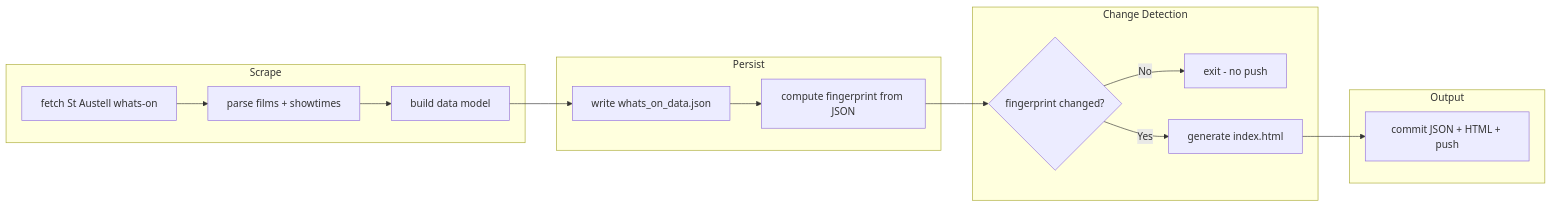
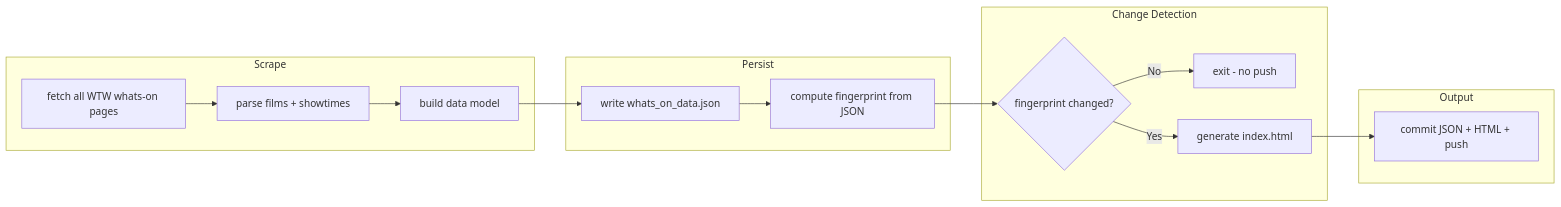
One commit to evenwebb/wtw-whats-on changed the diagram in PLAN.md. Above: the diagram before and after it, drawn with Mermaid. The commit also changed other lines of this file and 8 other files, not shown here.

````diff
--- a/PLAN.md
+++ b/PLAN.md
@@ -24,19 +24,19 @@
 ```mermaid
 flowchart LR
     subgraph scrape [Scrape]
-        A[fetch St Austell whats-on] --> B[parse films + showtimes]
+        A[fetch all WTW whats-on pages] --> B[parse films + showtimes]
         B --> C[build data model]
     end
     subgraph persist [Persist]
         C --> D[write whats_on_data.json]
         D --> E[compute fingerprint from JSON]
     end
     subgraph change [Change Detection]
         E --> F{fingerprint changed?}
         F -->|No| G[exit - no push]
         F -->|Yes| H[generate index.html]
     end
     subgraph output [Output]
         H --> I[commit JSON + HTML + push]
     end
 ```
````
